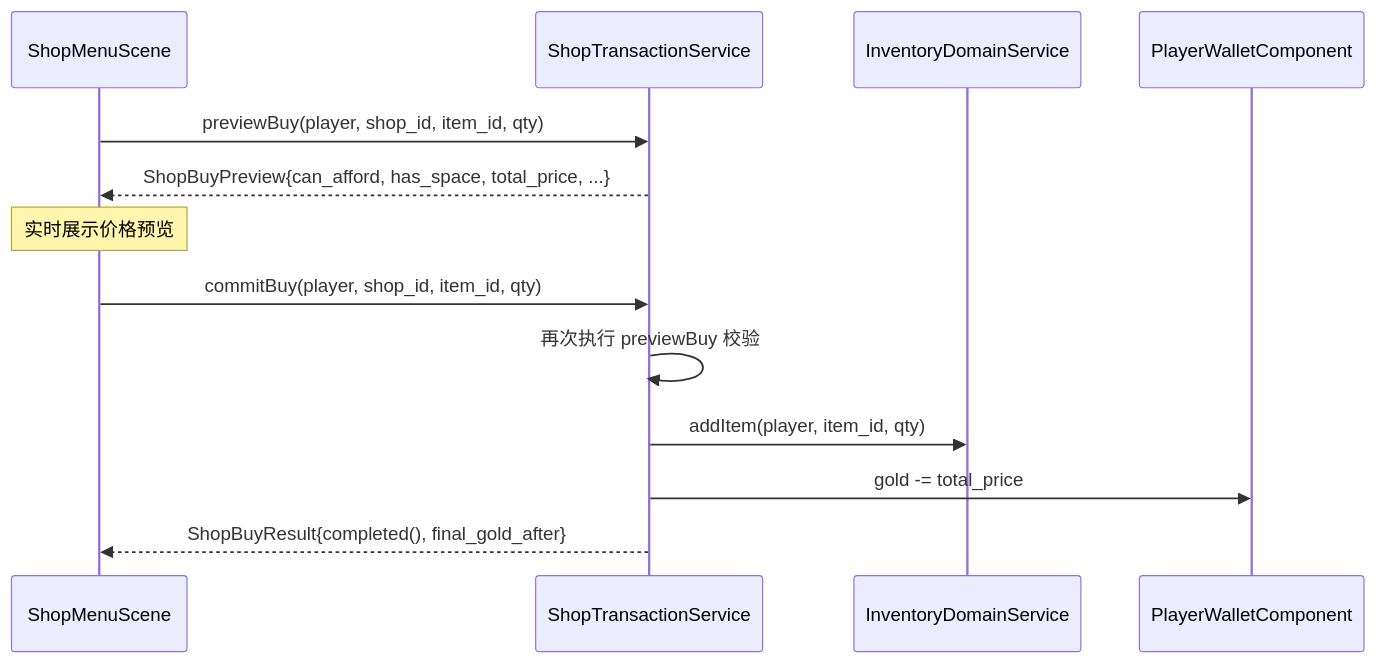
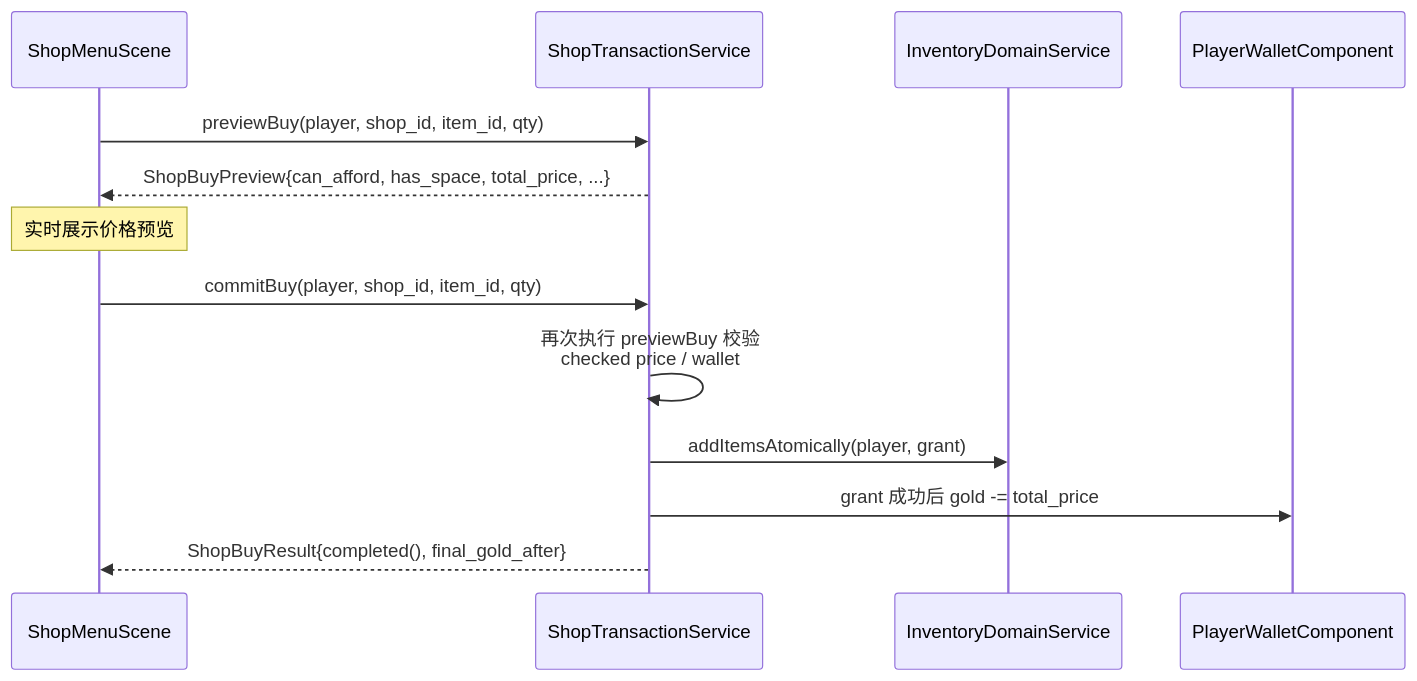
The third of 4 diagrams in docs/gameplay/shop-system.md (WispSnow/TinyFarmRPG), drawn with Mermaid before and after one commit. The commit also changed other lines of this file and 7 other files, not shown here.

````diff
--- a/docs/gameplay/shop-system.md
+++ b/docs/gameplay/shop-system.md
@@ -173,16 +173,16 @@
 ```mermaid
 sequenceDiagram
     participant UI as ShopMenuScene
     participant STS as ShopTransactionService
     participant INV as InventoryDomainService
     participant WAL as PlayerWalletComponent
 
     UI->>STS: previewBuy(player, shop_id, item_id, qty)
     STS-->>UI: ShopBuyPreview{can_afford, has_space, total_price, ...}
     Note over UI: 实时展示价格预览
     UI->>STS: commitBuy(player, shop_id, item_id, qty)
-    STS->>STS: 再次执行 previewBuy 校验
-    STS->>INV: addItem(player, item_id, qty)
-    STS->>WAL: gold -= total_price
+    STS->>STS: 再次执行 previewBuy 校验<br/>checked price / wallet
+    STS->>INV: addItemsAtomically(player, grant)
+    STS->>WAL: grant 成功后 gold -= total_price
     STS-->>UI: ShopBuyResult{completed(), final_gold_after}
 ```
````
